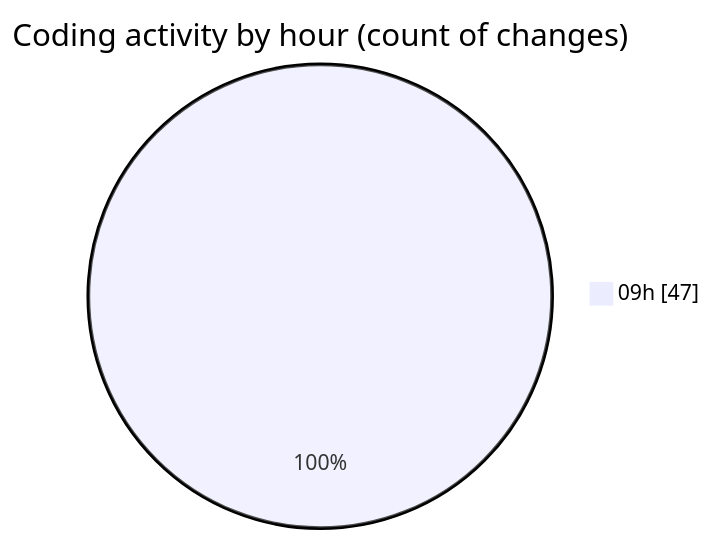
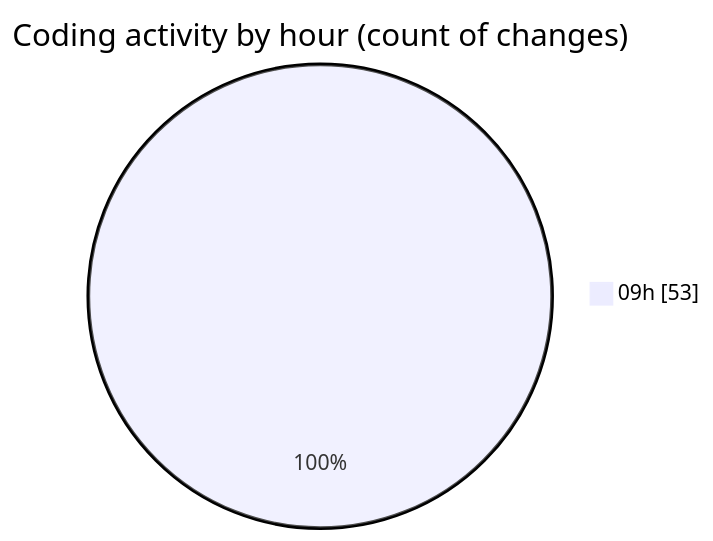
One commit to momahboobian/code-tracking changed the second of 2 diagrams in 2025-09-19/cda/README.md. Above: the diagram before and after it, drawn with Mermaid. The commit also changed other lines of this file and 1 other file, not shown here.

````diff
--- a/2025-09-19/cda/README.md
+++ b/2025-09-19/cda/README.md
@@ -30,5 +30,5 @@
 ```mermaid
 pie showData
 title Coding activity by hour (count of changes)
-"09h" : 47
+"09h" : 53
 ```
````
